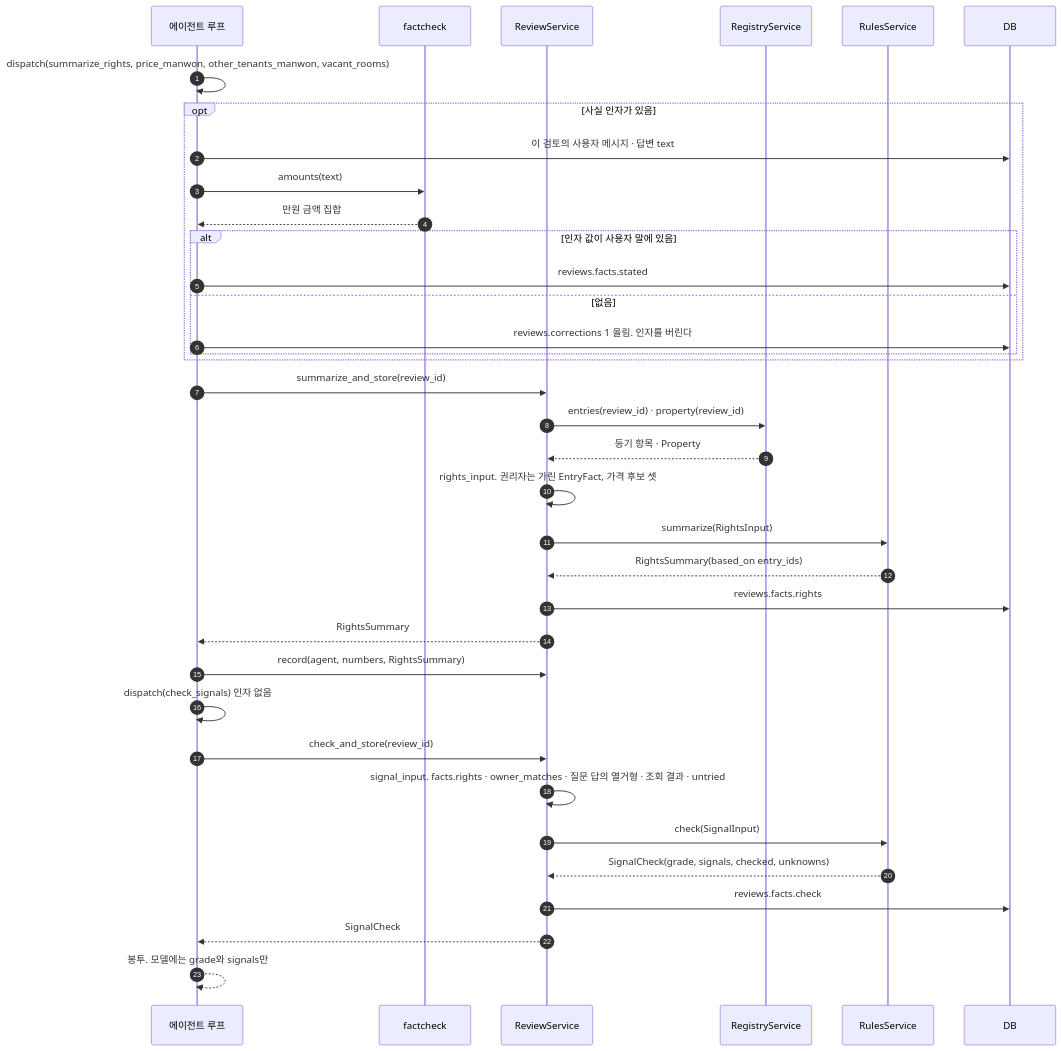
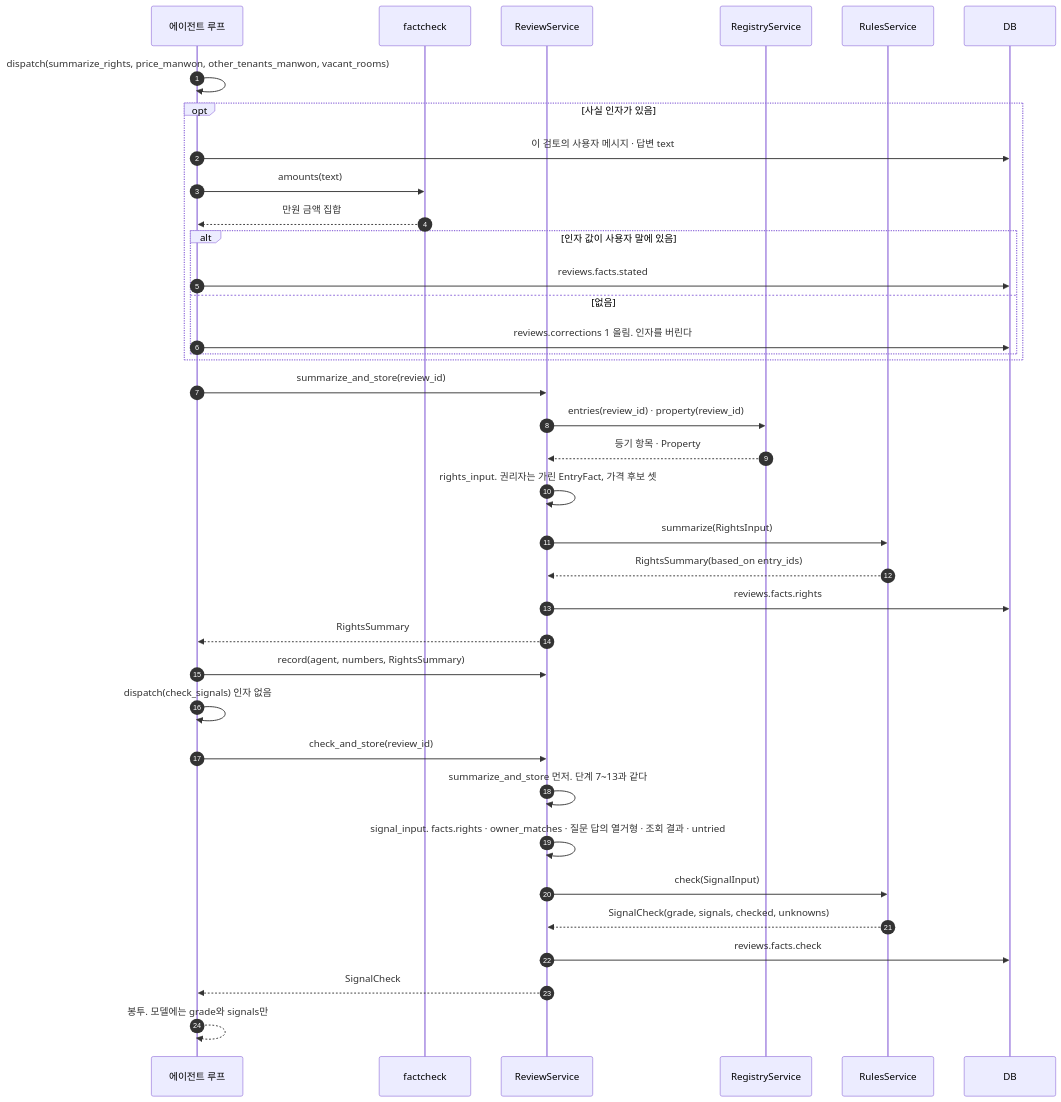
One commit to HoyoungParkme/deposit-guard changed the fifth of 20 diagrams in docs/specs/09-SEQ/JSD-SEQ-001.md. Above: the diagram before and after it, drawn with Mermaid. The commit also changed other lines of this file, not shown here.

````diff
--- a/docs/specs/09-SEQ/JSD-SEQ-001.md
+++ b/docs/specs/09-SEQ/JSD-SEQ-001.md
@@ -336,39 +343,40 @@
 ```mermaid
 sequenceDiagram
     autonumber
     participant AG as 에이전트 루프
     participant FC as factcheck
     participant RV as ReviewService
     participant RS as RegistryService
     participant RU as RulesService
     participant DB
 
     AG->>AG: dispatch(summarize_rights, price_manwon, other_tenants_manwon, vacant_rooms)
     opt 사실 인자가 있음
         AG->>DB: 이 검토의 사용자 메시지 · 답변 text
         AG->>FC: amounts(text)
         FC-->>AG: 만원 금액 집합
         alt 인자 값이 사용자 말에 있음
             AG->>DB: reviews.facts.stated
         else 없음
             AG->>DB: reviews.corrections 1 올림. 인자를 버린다
         end
     end
     AG->>RV: summarize_and_store(review_id)
     RV->>RS: entries(review_id) · property(review_id)
     RS-->>RV: 등기 항목 · Property
     RV->>RV: rights_input. 권리자는 가린 EntryFact, 가격 후보 셋
     RV->>RU: summarize(RightsInput)
     RU-->>RV: RightsSummary(based_on entry_ids)
     RV->>DB: reviews.facts.rights
     RV-->>AG: RightsSummary
     AG->>RV: record(agent, numbers, RightsSummary)
     AG->>AG: dispatch(check_signals) 인자 없음
     AG->>RV: check_and_store(review_id)
+    RV->>RV: summarize_and_store 먼저. 단계 7~13과 같다
     RV->>RV: signal_input. facts.rights · owner_matches · 질문 답의 열거형 · 조회 결과 · untried
     RV->>RU: check(SignalInput)
     RU-->>RV: SignalCheck(grade, signals, checked, unknowns)
     RV->>DB: reviews.facts.check
     RV-->>AG: SignalCheck
     AG-->>AG: 봉투. 모델에는 grade와 signals만
 ```
````
